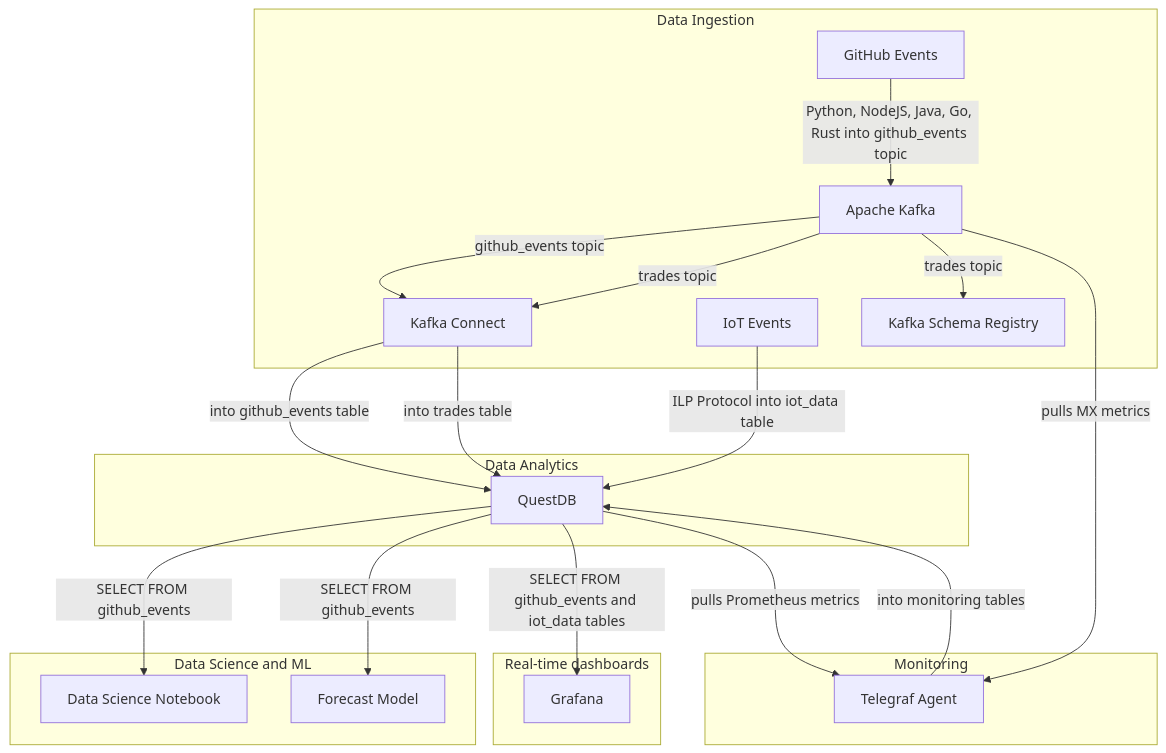
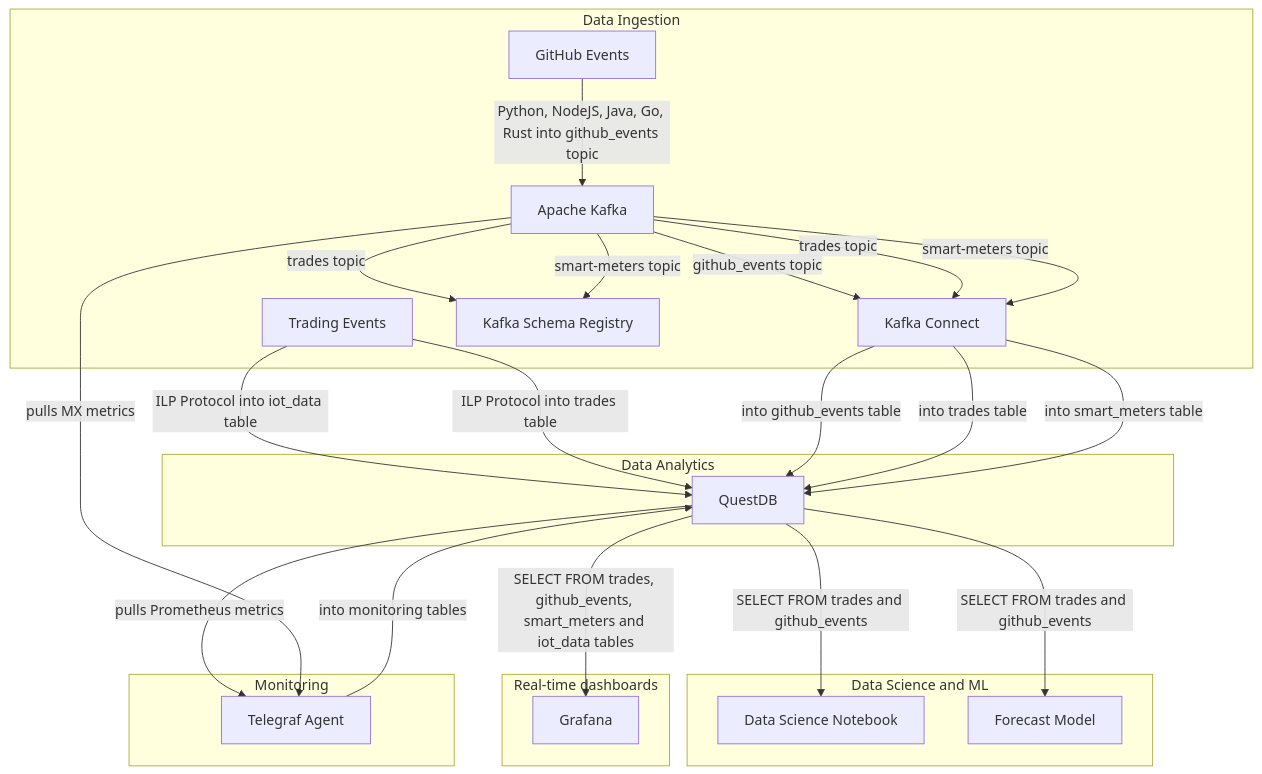
Before and after one commit to questdb/time-series-streaming-analytics-template: the diagram in README.md, drawn with Mermaid. The commit also changed other lines of this file, not shown here.

Commit message:
updated README to feature trades dataset

````diff
--- a/README.md
+++ b/README.md
@@ -46,34 +68,38 @@
 ```mermaid
 graph TD
    subgraph "Data Analytics"
     Q[QuestDB]
   end
 
   subgraph "Data Science and ML"
-    Q -->|SELECT FROM github_events| DSN[Data Science Notebook]
-    Q -->|SELECT FROM github_events| FM[Forecast Model]
+    Q -->|SELECT FROM trades and github_events| DSN[Data Science Notebook]
+    Q -->|SELECT FROM trades and github_events| FM[Forecast Model]
   end
 
 
   subgraph "Data Ingestion"
     GE[GitHub Events] -->|Python, NodeJS, Java, Go, Rust into github_events topic | AK[Apache Kafka]
     AK -->|github_events topic| KC
     IE[IoT Events] -->|ILP Protocol into iot_data table| Q
+    IE[Trading Events] -->|ILP Protocol into trades table| Q
     AK -->|trades topic| KC
     AK -->|trades topic| KSR[Kafka Schema Registry]
+    AK -->|smart-meters topic| KC
+    AK -->|smart-meters topic| KSR[Kafka Schema Registry]
     KC[Kafka Connect] -->|into github_events table| Q[QuestDB]
     KC[Kafka Connect] -->|into trades table| Q[QuestDB]
+    KC[Kafka Connect] -->|into smart_meters table| Q[QuestDB]
   end
 
   subgraph "Real-time dashboards"
-    Q -->|SELECT FROM github_events and iot_data tables| G[Grafana]
+    Q -->|SELECT FROM trades, github_events, smart_meters and iot_data tables| G[Grafana]
   end
 
 
 
   subgraph Monitoring
     Q -->|pulls Prometheus metrics| TA[Telegraf Agent]
     AK -->|pulls MX metrics| TA
     TA -->|into monitoring tables| Q
   end
 ```
````
